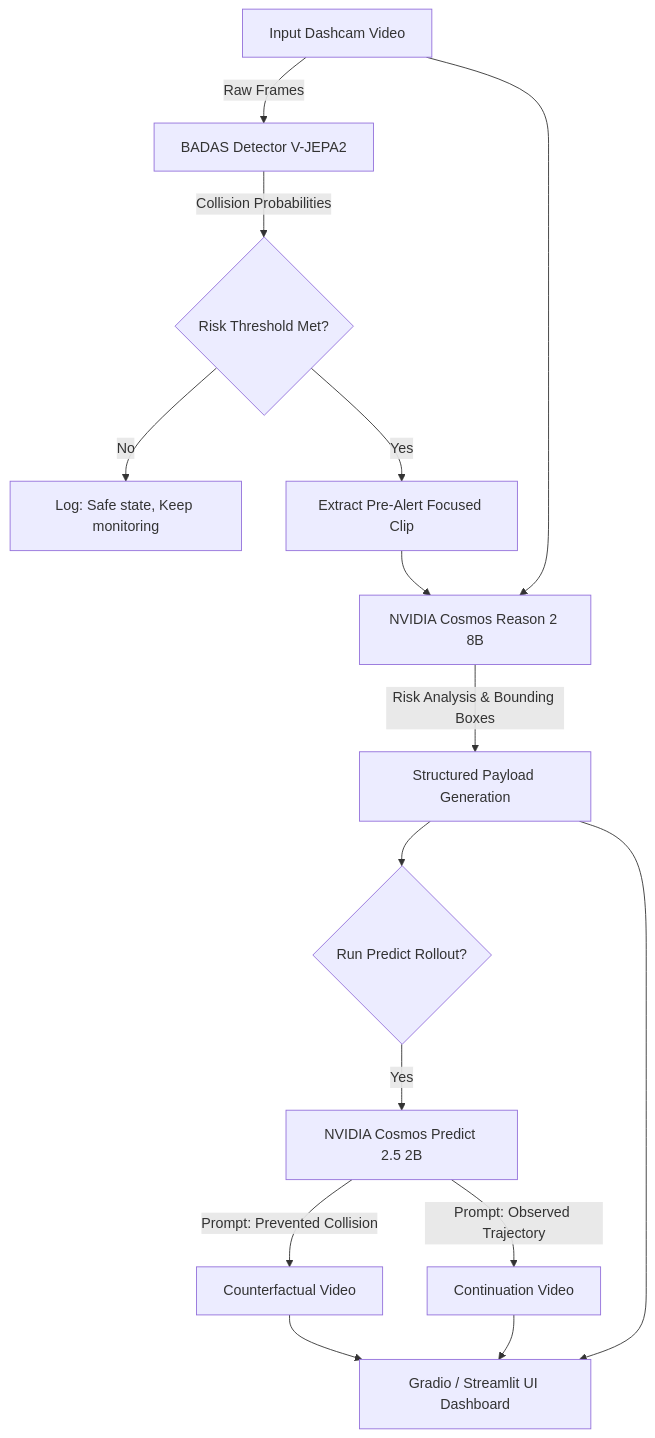
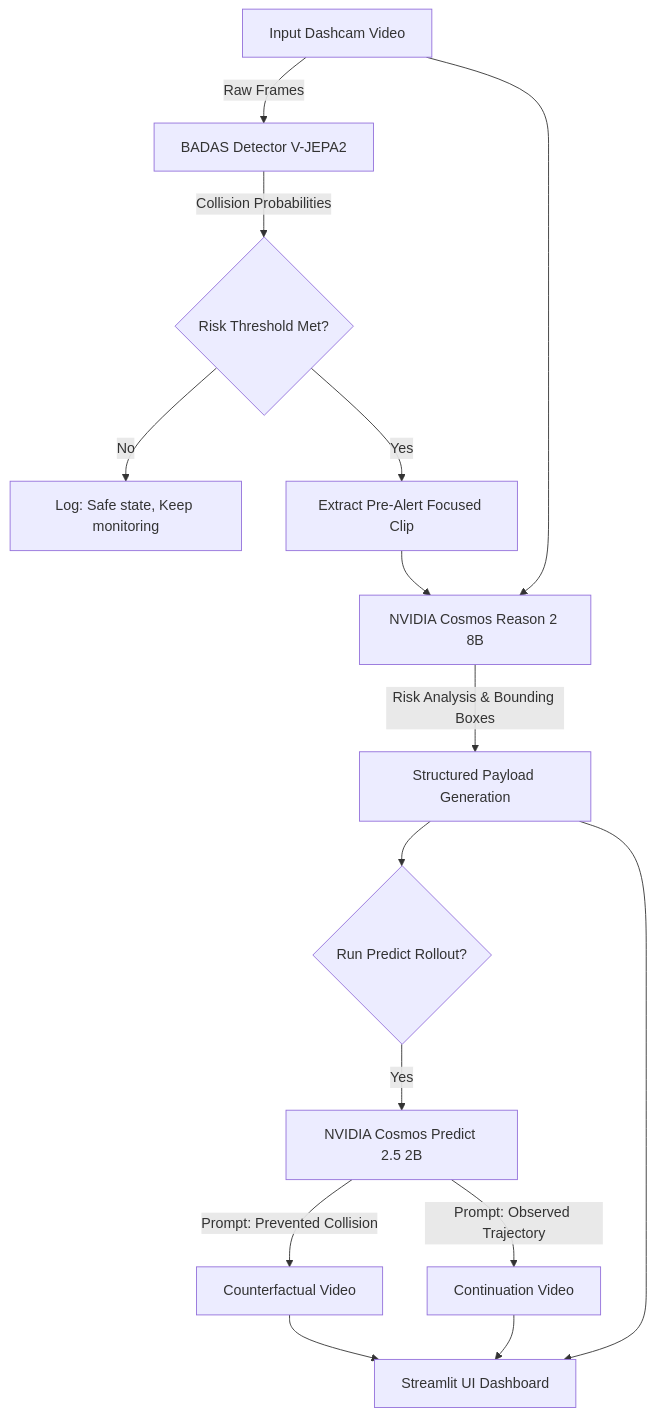
One commit to Ryukijano/Nvidia-Cosmos-Cookoff changed the diagram in README.md. Above: the diagram before and after it, drawn with Mermaid. The commit also changed other lines of this file and 2 other files, not shown here.

First line of the commit message:
chore: clean up main for Streamlit-only

````diff
--- a/README.md
+++ b/README.md
@@ -17,17 +17,17 @@
 ```mermaid
 graph TD
     A[Input Dashcam Video] -->|Raw Frames| B[BADAS Detector V-JEPA2]
     B -->|Collision Probabilities| C{Risk Threshold Met?}
     C -->|No| D[Log: Safe state, Keep monitoring]
     C -->|Yes| E[Extract Pre-Alert Focused Clip]
     A --> F[NVIDIA Cosmos Reason 2 8B]
     E --> F
     F -->|Risk Analysis & Bounding Boxes| G[Structured Payload Generation]
     G --> H{Run Predict Rollout?}
     H -->|Yes| I[NVIDIA Cosmos Predict 2.5 2B]
     I -->|Prompt: Prevented Collision| J[Counterfactual Video]
     I -->|Prompt: Observed Trajectory| K[Continuation Video]
-    G --> L[Gradio / Streamlit UI Dashboard]
+    G --> L[Streamlit UI Dashboard]
     J --> L
     K --> L
 ```
````
